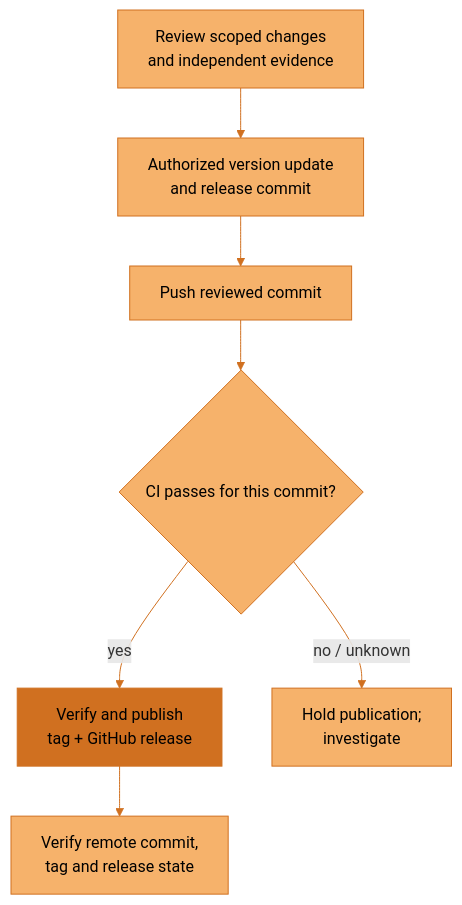
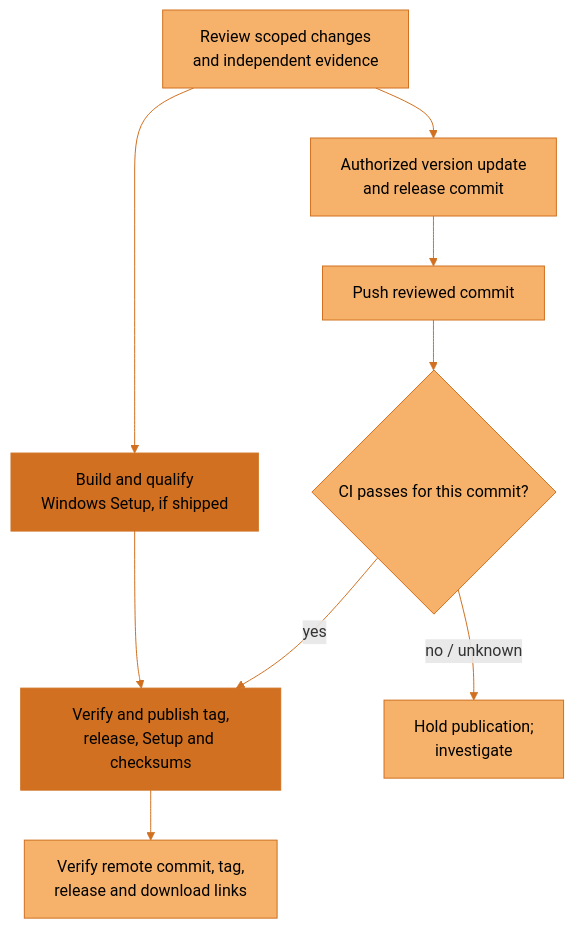
One commit to JosephOIbrahim/Synapse changed the ninth of 9 diagrams in docs/architecture/overview.md. Above: the diagram before and after it, drawn with Mermaid. The commit also changed other lines of this file and 16 other files, not shown here.

````diff
--- a/docs/architecture/overview.md
+++ b/docs/architecture/overview.md
@@ -294,15 +300,17 @@
 ```mermaid
 flowchart TD
     accTitle: Publish only the reviewed and checked release commit
-    accDescr: Review changes and independent evidence, prepare an authorized version commit, push it, and require CI for that exact commit. Publish its tag and release only after the checks pass, then verify the remote references and release state.
+    accDescr: Review changes and independent evidence, prepare an authorized version commit, push it, and require CI for that exact commit. When a release ships a Windows Setup, build and qualify it from the reviewed tree. Publish the tag, release, Setup and checksums only after the checks pass, then verify the remote references, release state and download links.
     A["Review scoped changes<br/>and independent evidence"] --> B["Authorized version update<br/>and release commit"]
+    A --> I["Build and qualify<br/>Windows Setup, if shipped"]
     B --> P["Push reviewed commit"]
     P --> C{"CI passes for this commit?"}
-    C -->|"yes"| T["Verify and publish<br/>tag + GitHub release"]
+    C -->|"yes"| T["Verify and publish tag,<br/>release, Setup and checksums"]
+    I --> T
     C -->|"no / unknown"| H["Hold publication;<br/>investigate"]
-    T --> V["Verify remote commit,<br/>tag and release state"]
+    T --> V["Verify remote commit, tag,<br/>release and download links"]
     classDef default fill:#F6B26B,stroke:#D07020,color:#000000
     classDef synapse fill:#D07020,stroke:#D07020,color:#000000
-    class T synapse
+    class I,T synapse
     linkStyle default stroke:#D07020
 ```
````
